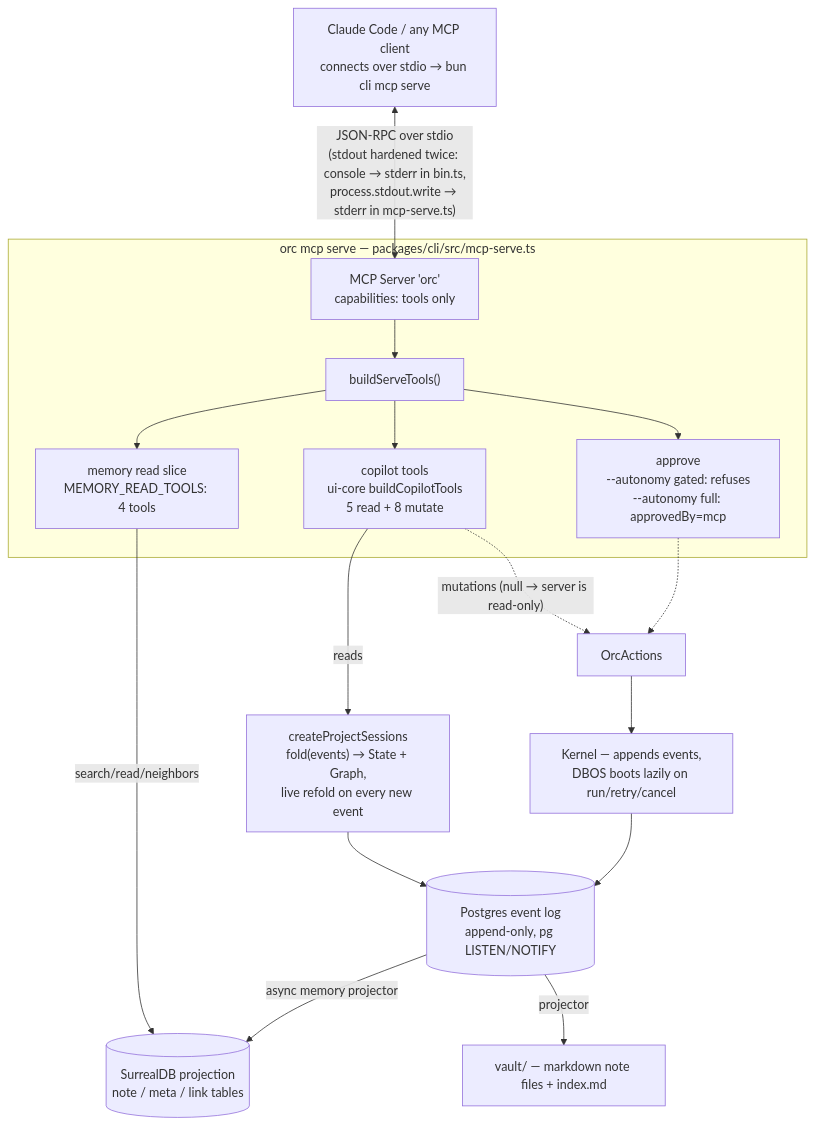
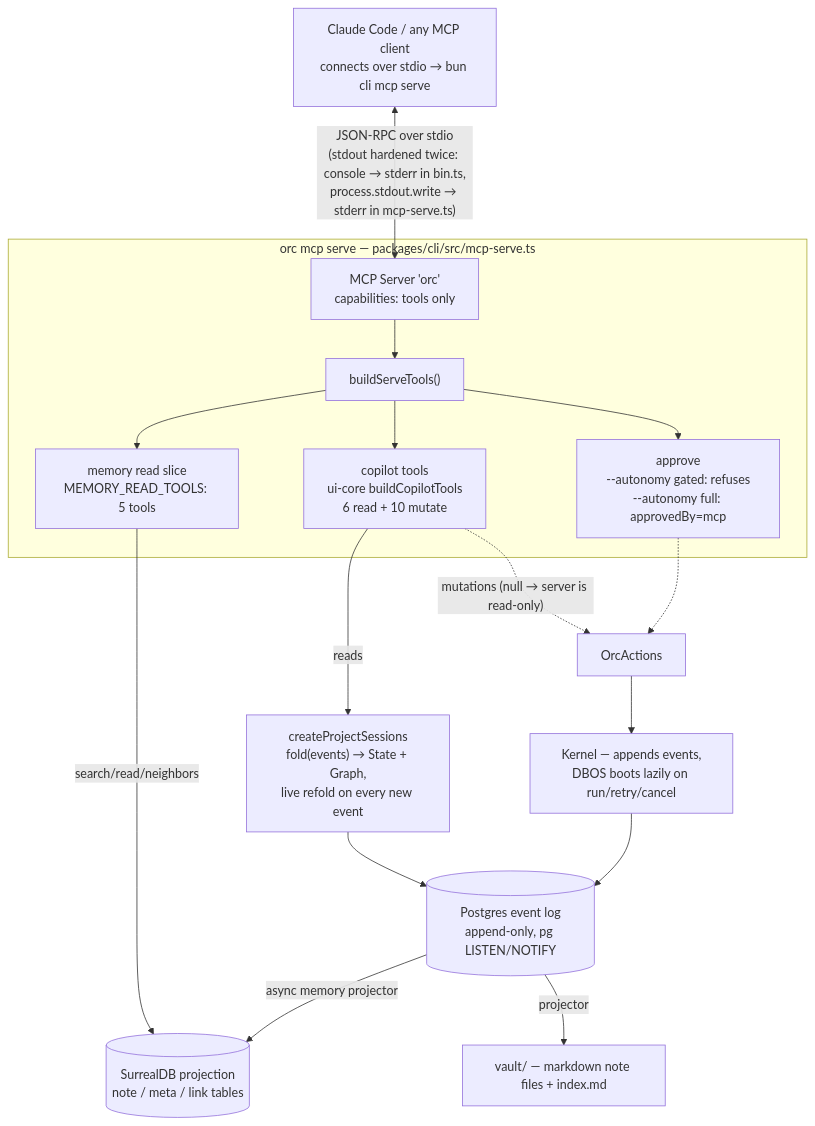
One commit to fetttttjoe/ORC changed the first of 2 diagrams in docs/mcp-overview.md. Above: the diagram before and after it, drawn with Mermaid. The commit also changed other lines of this file and 143 other files, not shown here.

````diff
--- a/docs/mcp-overview.md
+++ b/docs/mcp-overview.md
@@ -7,25 +7,25 @@
 ```mermaid
 flowchart TB
     CC["Claude Code / any MCP client<br/>connects over stdio → bun cli mcp serve"]
     CC <-->|"JSON-RPC over stdio<br/>(stdout hardened twice: console → stderr in bin.ts,<br/>process.stdout.write → stderr in mcp-serve.ts)"| SRV
 
     subgraph serve["orc mcp serve — packages/cli/src/mcp-serve.ts"]
         SRV["MCP Server 'orc'<br/>capabilities: tools only"]
         SRV --> REG["buildServeTools()"]
-        REG --> COP["copilot tools<br/>ui-core buildCopilotTools<br/>5 read + 8 mutate"]
-        REG --> MEM["memory read slice<br/>MEMORY_READ_TOOLS: 4 tools"]
+        REG --> COP["copilot tools<br/>ui-core buildCopilotTools<br/>6 read + 10 mutate"]
+        REG --> MEM["memory read slice<br/>MEMORY_READ_TOOLS: 5 tools"]
         REG --> APPR["approve<br/>--autonomy gated: refuses<br/>--autonomy full: approvedBy=mcp"]
     end
 
     COP -->|reads| SESS["createProjectSessions<br/>fold(events) → State + Graph,<br/>live refold on every new event"]
     COP -.->|"mutations (null → server is read-only)"| ACT["OrcActions"]
     APPR -.-> ACT
     ACT --> KERNEL["Kernel — appends events,<br/>DBOS boots lazily on run/retry/cancel"]
 
     SESS --> LOG[("Postgres event log<br/>append-only, pg LISTEN/NOTIFY")]
     KERNEL --> LOG
 
     MEM -->|search/read/neighbors| SUR[("SurrealDB projection<br/>note / meta / link tables")]
     LOG -->|"async memory projector"| SUR
     LOG -->|projector| VAULT["vault/ — markdown note files + index.md"]
 ```
````
